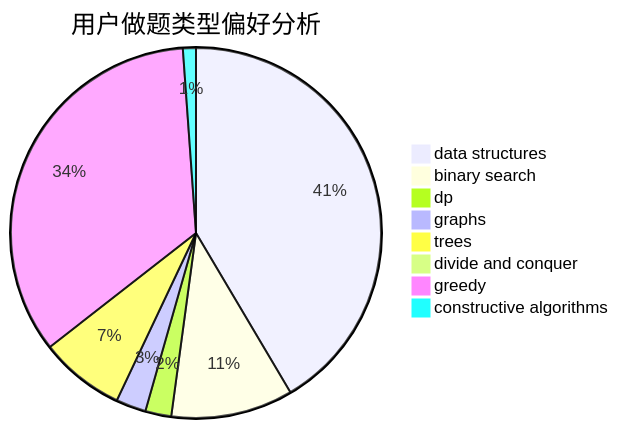
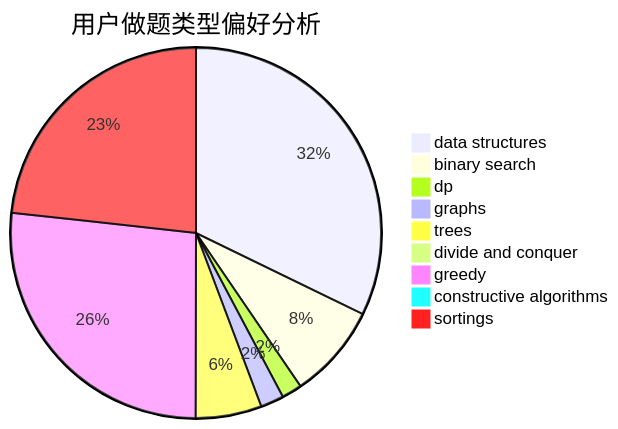
The second of 3 diagrams in docs/user/u1493.md (sherpahu/cfrs.github.io), drawn with Mermaid before and after one commit. The commit also changed other lines of this file and 2769 other files, not shown here.

````diff
--- a/docs/user/u1493.md
+++ b/docs/user/u1493.md
@@ -23,11 +18,12 @@
 ```mermaid
 pie title 用户做题类型偏好分析
     "data structures" :  475
     "binary search" :  122
     "dp" :  26
     "graphs" :  30
     "trees" :  85
     "divide and conquer" :  10
     "greedy" :  394
     "constructive algorithms" :  13
+    "sortings" :  343
 ```
````
